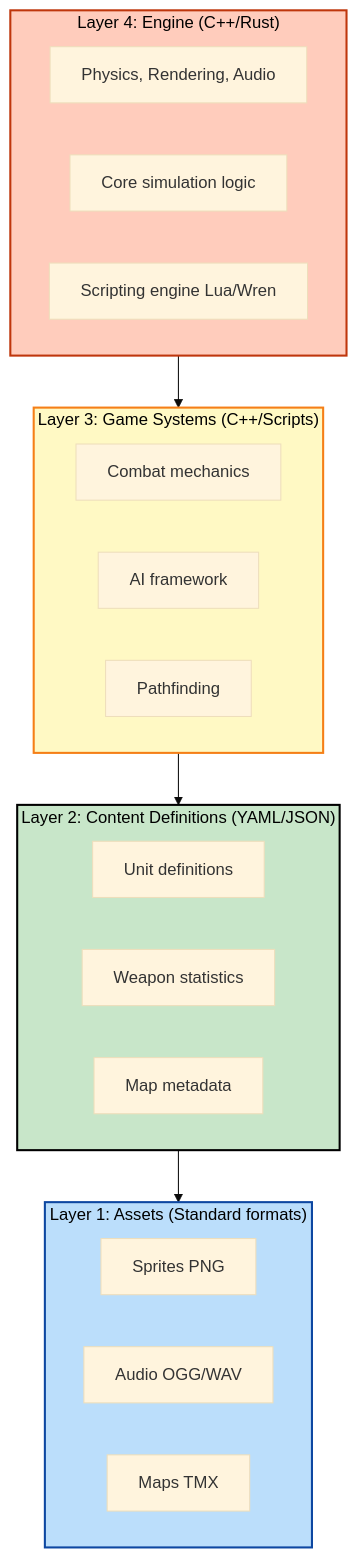
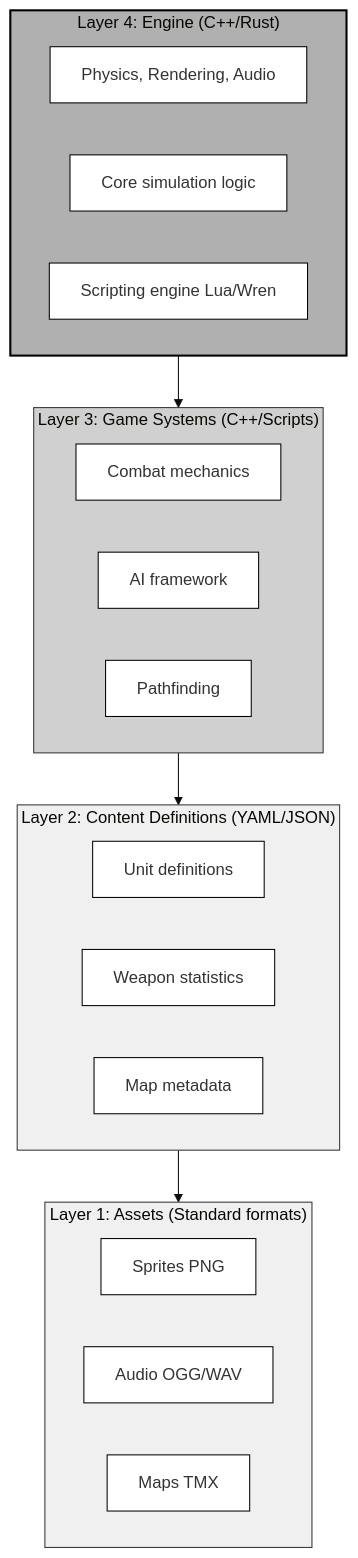
One commit to jukofyork/close-combat-architecture-study changed the tenth of 10 diagrams in chapter_07_moddability.md. Above: the diagram before and after it, drawn with Mermaid (base theme). The commit also changed other lines of this file and 15 other files, not shown here.

````diff
--- a/chapter_07_moddability.md
+++ b/chapter_07_moddability.md
@@ -1529,38 +1582,38 @@
 ```mermaid
 flowchart TB
     subgraph L4["Layer 4: Engine (C++/Rust)"]
         L4A[Physics, Rendering, Audio]
         L4B[Core simulation logic]
         L4C[Scripting engine Lua/Wren]
     end
     
     subgraph L3["Layer 3: Game Systems (C++/Scripts)"]
         L3A[Combat mechanics]
         L3B[AI framework]
         L3C[Pathfinding]
     end
     
     subgraph L2["Layer 2: Content Definitions (YAML/JSON)"]
         L2A[Unit definitions]
         L2B[Weapon statistics]
         L2C[Map metadata]
     end
     
     subgraph L1["Layer 1: Assets (Standard formats)"]
         L1A[Sprites PNG]
         L1B[Audio OGG/WAV]
         L1C[Maps TMX]
     end
     
     L4 --> L3 --> L2 --> L1
     
-    classDef l4Style fill:#ffccbc,stroke:#bf360c,stroke-width:2px,color:#000
-    classDef l3Style fill:#fff9c4,stroke:#f57f17,stroke-width:2px,color:#000
-    classDef l2Style fill:#c8e6c9,stroke:#000,stroke-width:2px,color:#000
-    classDef l1Style fill:#bbdefb,stroke:#0d47a1,stroke-width:2px,color:#000
+    classDef default fill:#fff,stroke:#000,stroke-width:1px
+    classDef light fill:#f0f0f0,stroke:#333,stroke-width:1px
+    classDef medium fill:#d0d0d0,stroke:#333,stroke-width:1px
+    classDef dark fill:#b0b0b0,stroke:#000,stroke-width:2px
     
-    class L4 l4Style
-    class L3 l3Style
-    class L2 l2Style
-    class L1 l1Style
+    class L4 dark
+    class L3 medium
+    class L2 light
+    class L1 light
 ```
````
